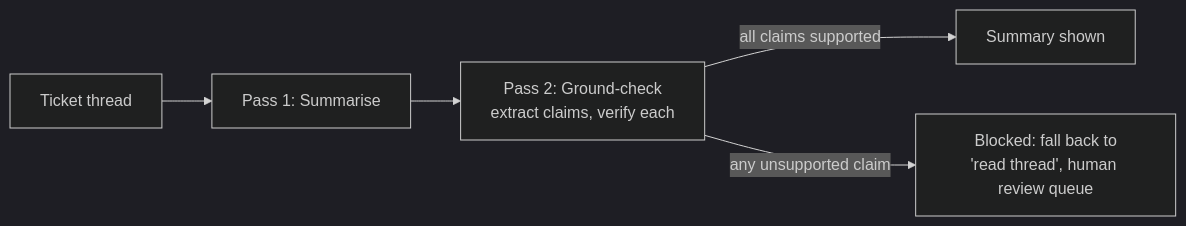
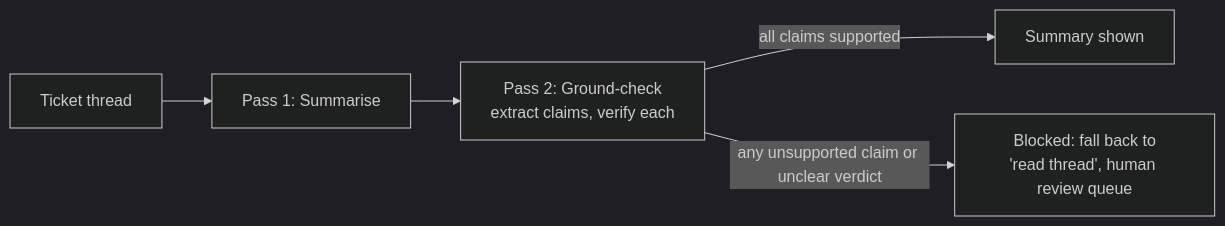
The diagram in README.md (kgupta2095/spec-to-ship), drawn with Mermaid (dark theme) before and after one commit. The commit also changed other lines of this file and 2 other files, not shown here.

````diff
--- a/README.md
+++ b/README.md
@@ -15,7 +17,7 @@
 ```mermaid
 flowchart LR
     A[Ticket thread] --> B[Pass 1: Summarise]
     B --> C[Pass 2: Ground-check\nextract claims, verify each]
     C -->|all claims supported| D[Summary shown]
-    C -->|any unsupported claim| E[Blocked: fall back to\n'read thread', human review queue]
+    C -->|any unsupported claim or unclear verdict| E[Blocked: fall back to\n'read thread', human review queue]
 ```
````
